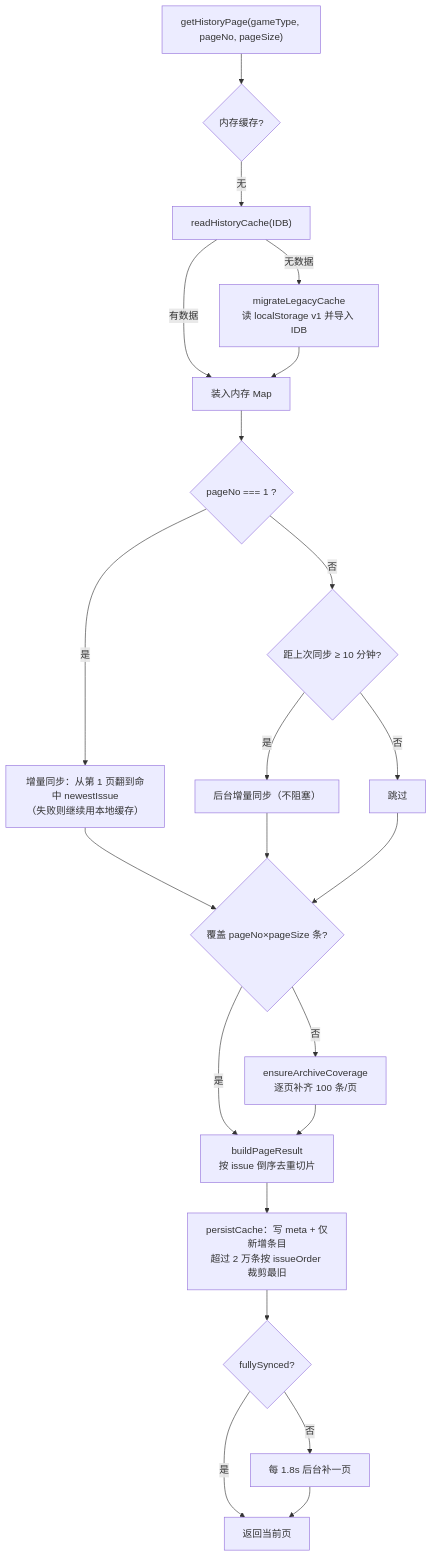
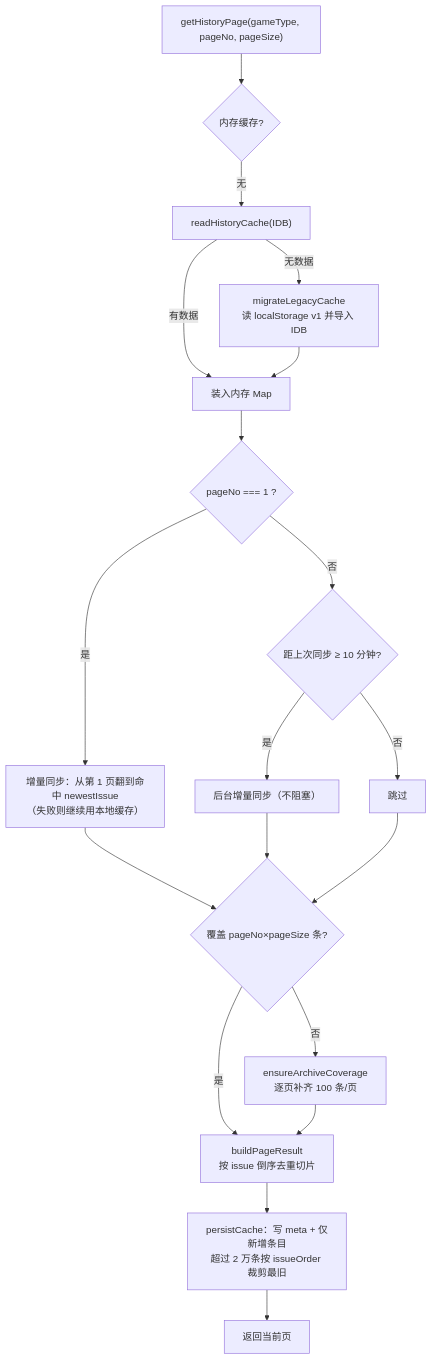
Before and after one commit to yJ2018/ticai: the fourth of 11 diagrams in docs/architecture.md, drawn with Mermaid. The commit also changed other lines of this file and 38 other files, not shown here.

````diff
--- a/docs/architecture.md
+++ b/docs/architecture.md
@@ -454,24 +460,21 @@
 ```mermaid
 flowchart TD
   A["getHistoryPage(gameType, pageNo, pageSize)"] --> B{"内存缓存?"}
   B -- 无 --> C["readHistoryCache(IDB)"]
   C -- 无数据 --> D["migrateLegacyCache<br/>读 localStorage v1 并导入 IDB"]
   C -- 有数据 --> E["装入内存 Map"]
   D --> E
   E --> F{"pageNo === 1 ?"}
   F -- 是 --> G["增量同步：从第 1 页翻到命中 newestIssue<br/>（失败则继续用本地缓存）"]
   F -- 否 --> H{"距上次同步 ≥ 10 分钟?"}
   H -- 是 --> I["后台增量同步（不阻塞）"]
   H -- 否 --> J["跳过"]
   G --> K{"覆盖 pageNo×pageSize 条?"}
   I --> K
   J --> K
   K -- 否 --> L["ensureArchiveCoverage<br/>逐页补齐 100 条/页"]
   K -- 是 --> M["buildPageResult<br/>按 issue 倒序去重切片"]
   L --> M
   M --> N["persistCache：写 meta + 仅新增条目<br/>超过 2 万条按 issueOrder 裁剪最旧"]
-  N --> O{"fullySynced?"}
-  O -- 否 --> P["每 1.8s 后台补一页"]
-  O -- 是 --> Q["返回当前页"]
-  P --> Q
+  N --> Q["返回当前页"]
 ```
````
